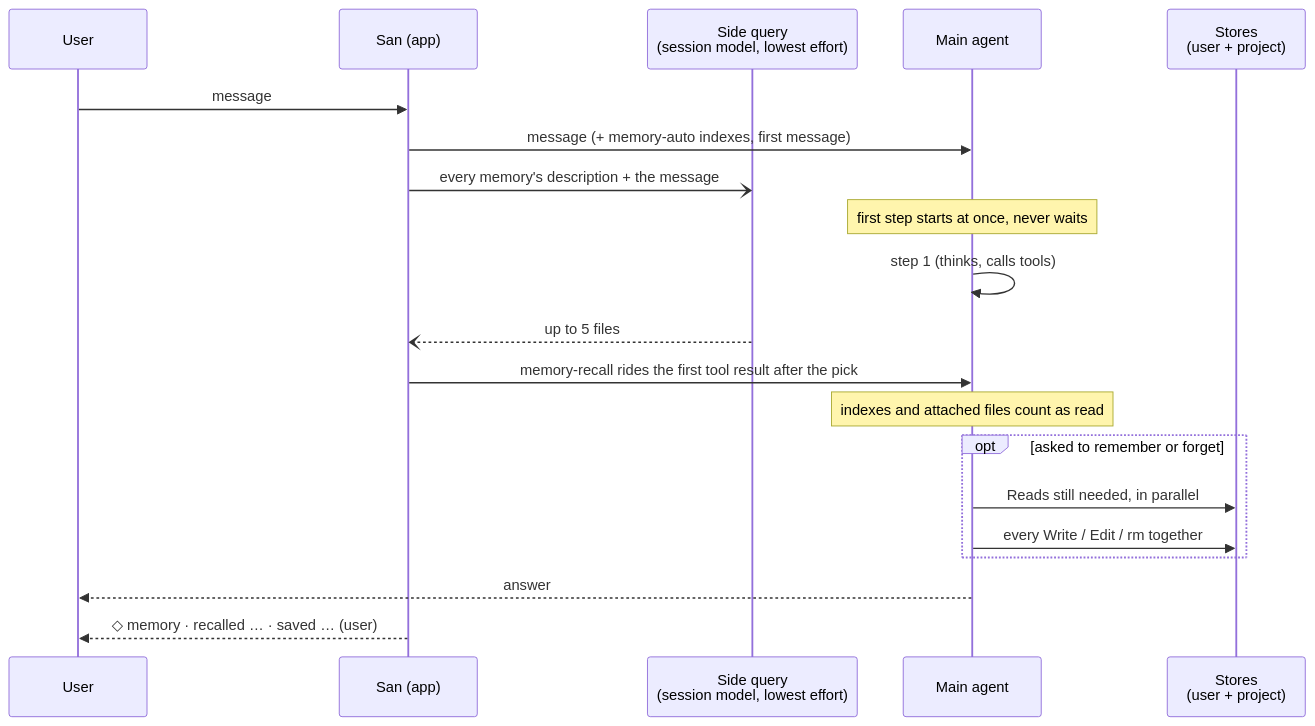
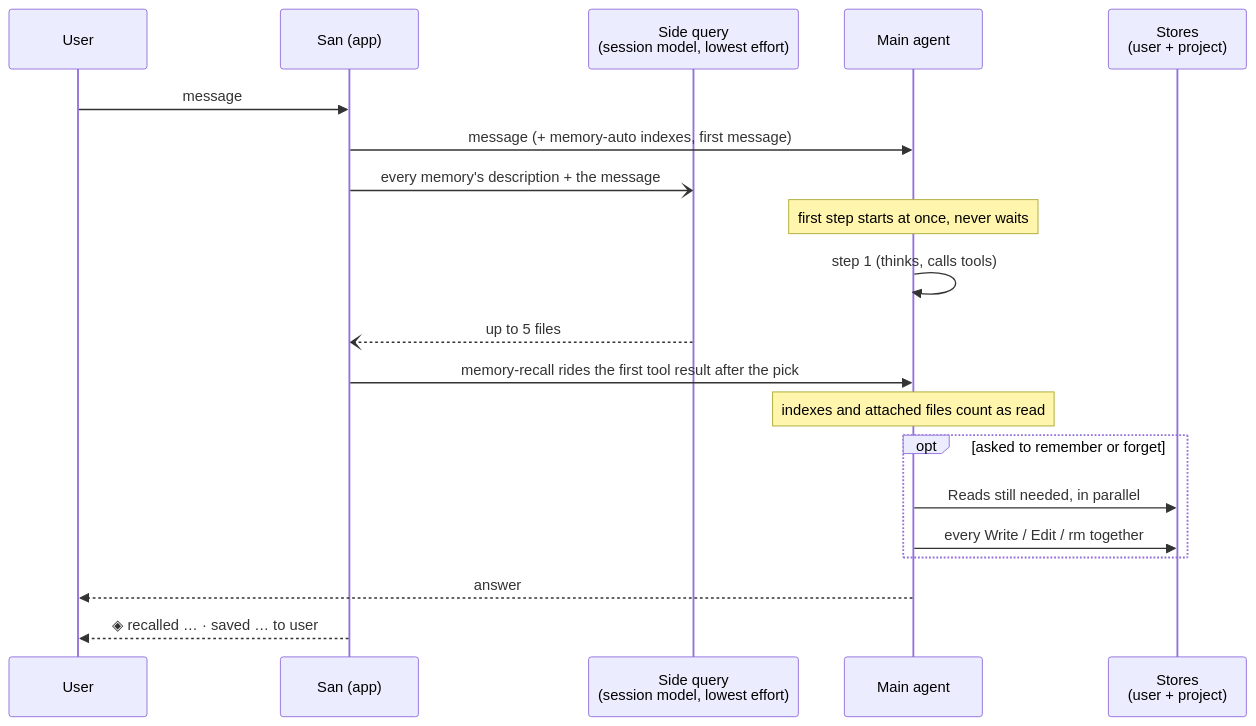
Before and after one commit to genai-io/san: the diagram in docs/concepts/harness-channels.md, drawn with Mermaid. The commit also changed other lines of this file and 2 other files, not shown here.

First line of the commit message:
feat(memory): a quieter memory line whose icon says if memory changed

````diff
--- a/docs/concepts/harness-channels.md
+++ b/docs/concepts/harness-channels.md
@@ -142,23 +142,23 @@
 ```mermaid
 sequenceDiagram
     participant U as User
     participant App as San (app)
     participant Sel as Side query<br/>(session model, lowest effort)
     participant A as Main agent
     participant S as Stores<br/>(user + project)
 
     U->>App: message
     App->>A: message (+ memory-auto indexes, first message)
     App-)Sel: every memory's description + the message
     Note over A: first step starts at once, never waits
     A->>A: step 1 (thinks, calls tools)
     Sel--)App: up to 5 files
     App->>A: memory-recall rides the first tool result after the pick
     Note over A: indexes and attached files count as read
     opt asked to remember or forget
         A->>S: Reads still needed, in parallel
         A->>S: every Write / Edit / rm together
     end
     A-->>U: answer
-    App-->>U: ◇ memory · recalled … · saved … (user)
+    App-->>U: ◈ recalled … · saved … to user
 ```
````
